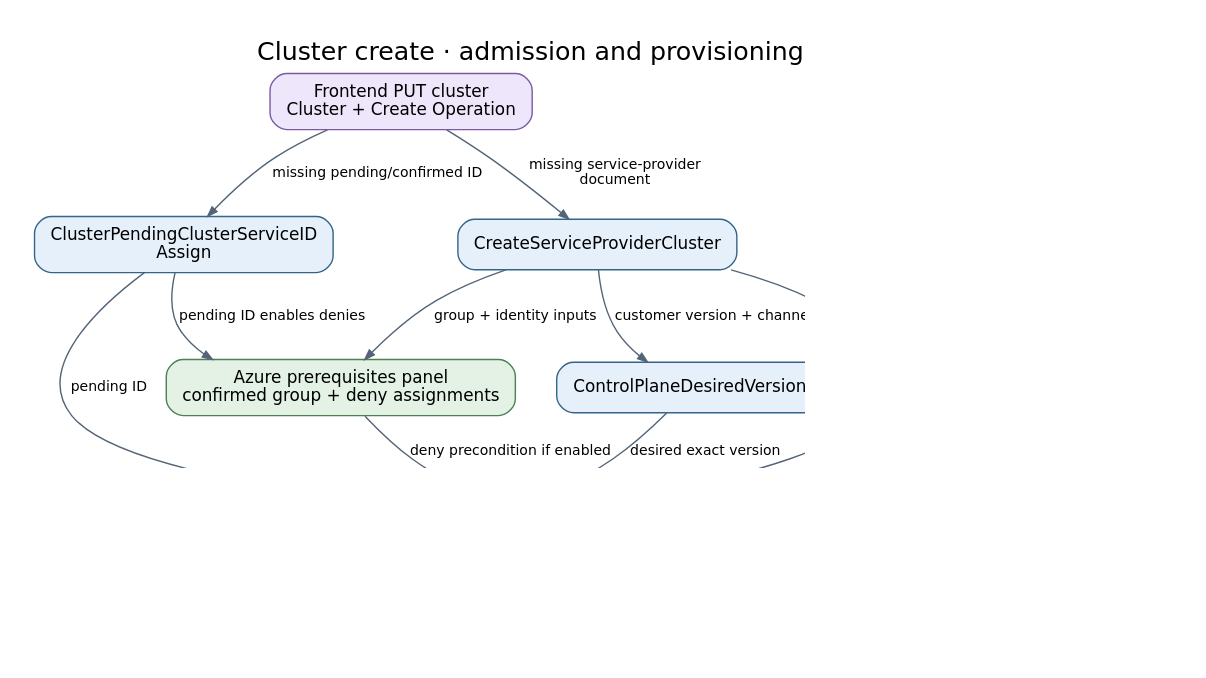
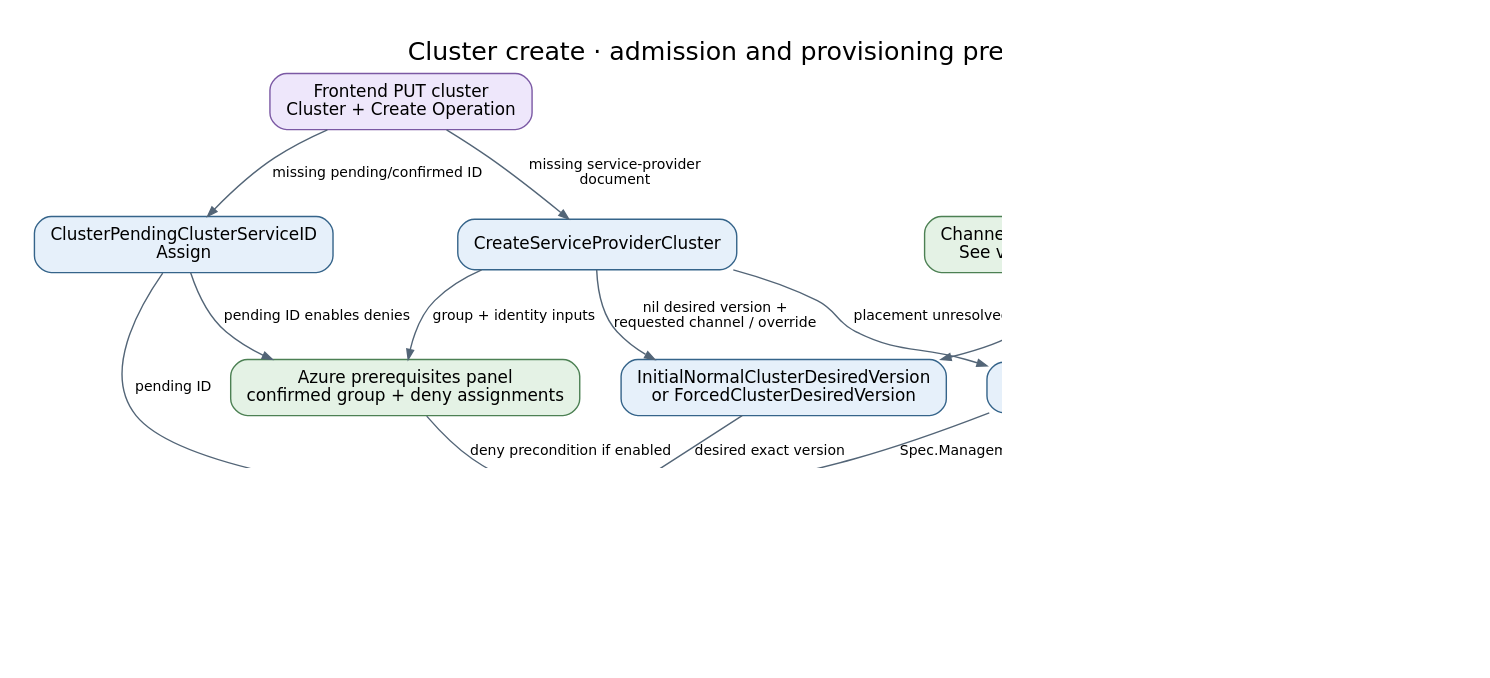
The diagram in docs/diagrams/controller-flows/cluster-create.dot (Azure/ARO-HCP), drawn with Graphviz before and after one commit. The commit also changed 29 other files, not shown here.

First line of the commit message:
feat(backend): assign channel best for initial and minor versions

```diff
--- a/docs/diagrams/controller-flows/cluster-create.dot
+++ b/docs/diagrams/controller-flows/cluster-create.dot
@@ -1,28 +1,30 @@
 digraph cluster_create {
   graph [rankdir=TB, bgcolor="white", pad="0.3", nodesep="0.4", ranksep="0.55", fontname="DejaVu Sans", fontsize=18, labelloc=t, label="Cluster create · admission and provisioning prerequisites", dpi=110];
   node [shape=box, style="rounded,filled", fillcolor="#e6f0fa", color="#35648a", fontname="DejaVu Sans", fontsize=12, margin="0.16,0.10"];
   edge [color="#536577", fontname="DejaVu Sans", fontsize=10, arrowsize=0.7];
   put [label="Frontend PUT cluster\nCluster + Create Operation", fillcolor="#eee7fb", color="#7b59a4"];
   sp [label="CreateServiceProviderCluster", fillcolor="#e6f0fa", color="#35648a"];
   id [label="ClusterPendingClusterServiceID\nAssign", fillcolor="#e6f0fa", color="#35648a"];
-  ver [label="ControlPlaneDesiredVersion", fillcolor="#e6f0fa", color="#35648a"];
+  ver [label="InitialNormalClusterDesiredVersion\nor ForcedClusterDesiredVersion", fillcolor="#e6f0fa", color="#35648a"];
+  rollout [label="Channel best / forced version\nSee version-rollout panel", fillcolor="#e4f2e5", color="#4c8053"];
   place [label="Placement", fillcolor="#e6f0fa", color="#35648a"];
   fleet [label="Fleet readiness + capacity\nSee placement panel", fillcolor="#e4f2e5", color="#4c8053"];
   azure [label="Azure prerequisites panel\nconfirmed group + deny assignments", fillcolor="#e4f2e5", color="#4c8053"];
   create [label="ClusterClusterServiceCreate", fillcolor="#e6f0fa", color="#35648a"];
   cs [label="Cluster Service cluster exists\nClusterServiceID confirmed\nContinue in convergence panel", fillcolor="#e4f2e5", color="#4c8053"];
   put -> sp [label="missing service-provider\ndocument"];
   put -> id [label="missing pending/confirmed ID"];
-  sp -> ver [label="customer version + channel"];
+  sp -> ver [label="nil desired version +\nrequested channel / override"];
+  rollout -> ver [label="selected target"];
   sp -> place [label="placement unresolved"];
   fleet -> place [label="Ready + schedulable +\ncurrent capacity"];
   place -> place [label="no fit: record condition;\nretry after 29s", style=dashed, color="#857456", constraint=false];
   sp -> azure [label="group + identity inputs"];
   id -> azure [label="pending ID enables denies"];
   id -> create [label="pending ID"];
   ver -> create [label="desired exact version"];
   place -> create [label="Spec.ManagementClusterResourceID"];
   azure -> create [label="deny precondition if enabled"];
   create -> cs [label="adopt or POST; persist ID"];
   create -> create [label="missing prerequisite: wait", style=dashed, color="#857456", constraint=false];
 }
```
